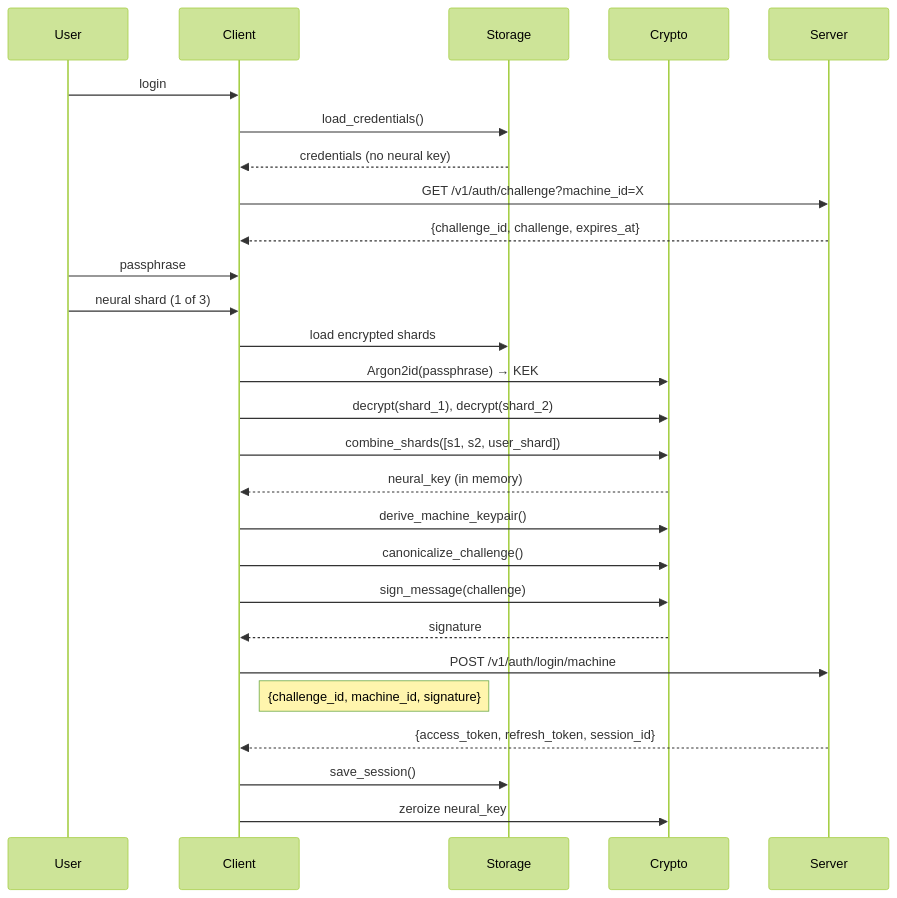
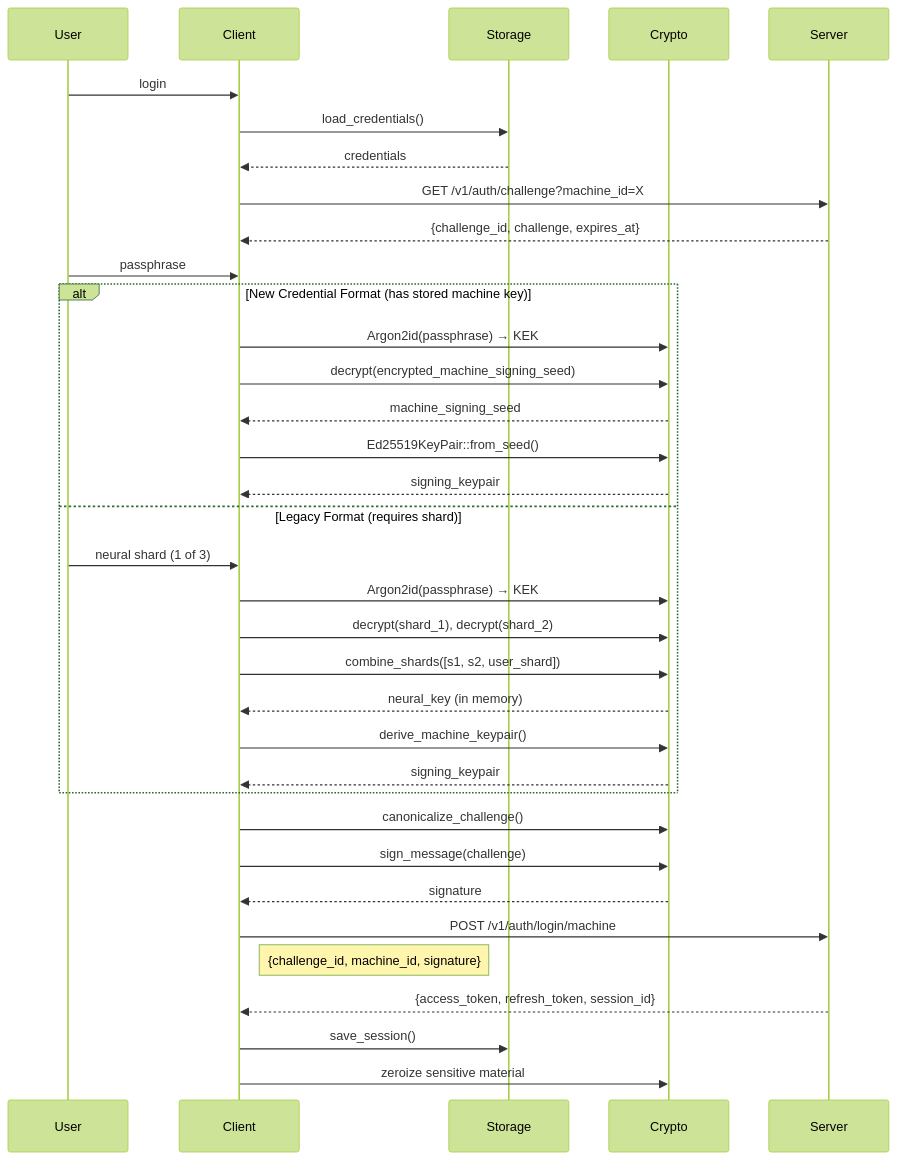
Before and after one commit to cypher-asi/zero-auth: the fifth of 7 diagrams in docs/spec/v0.1/09-client.md, drawn with Mermaid (forest theme). The commit also changed other lines of this file and 19 other files, not shown here.

First line of the commit message:
feat(crypto,client): enable passphrase-only login with encrypted machine key

````diff
--- a/docs/spec/v0.1/09-client.md
+++ b/docs/spec/v0.1/09-client.md
@@ -274,37 +284,45 @@
 ```mermaid
 sequenceDiagram
     participant User
     participant Client
     participant Storage
     participant Crypto
     participant Server
     
     User->>Client: login
     
     Client->>Storage: load_credentials()
-    Storage-->>Client: credentials (no neural key)
+    Storage-->>Client: credentials
     
     Client->>Server: GET /v1/auth/challenge?machine_id=X
     Server-->>Client: {challenge_id, challenge, expires_at}
     
     User->>Client: passphrase
-    User->>Client: neural shard (1 of 3)
     
-    Client->>Storage: load encrypted shards
-    Client->>Crypto: Argon2id(passphrase) → KEK
-    Client->>Crypto: decrypt(shard_1), decrypt(shard_2)
-    Client->>Crypto: combine_shards([s1, s2, user_shard])
-    Crypto-->>Client: neural_key (in memory)
+    alt New Credential Format (has stored machine key)
+        Client->>Crypto: Argon2id(passphrase) → KEK
+        Client->>Crypto: decrypt(encrypted_machine_signing_seed)
+        Crypto-->>Client: machine_signing_seed
+        Client->>Crypto: Ed25519KeyPair::from_seed()
+        Crypto-->>Client: signing_keypair
+    else Legacy Format (requires shard)
+        User->>Client: neural shard (1 of 3)
+        Client->>Crypto: Argon2id(passphrase) → KEK
+        Client->>Crypto: decrypt(shard_1), decrypt(shard_2)
+        Client->>Crypto: combine_shards([s1, s2, user_shard])
+        Crypto-->>Client: neural_key (in memory)
+        Client->>Crypto: derive_machine_keypair()
+        Crypto-->>Client: signing_keypair
+    end
     
-    Client->>Crypto: derive_machine_keypair()
     Client->>Crypto: canonicalize_challenge()
     Client->>Crypto: sign_message(challenge)
     Crypto-->>Client: signature
     
     Client->>Server: POST /v1/auth/login/machine
     Note right of Client: {challenge_id, machine_id, signature}
     Server-->>Client: {access_token, refresh_token, session_id}
     
     Client->>Storage: save_session()
-    Client->>Crypto: zeroize neural_key
+    Client->>Crypto: zeroize sensitive material
 ```
````
